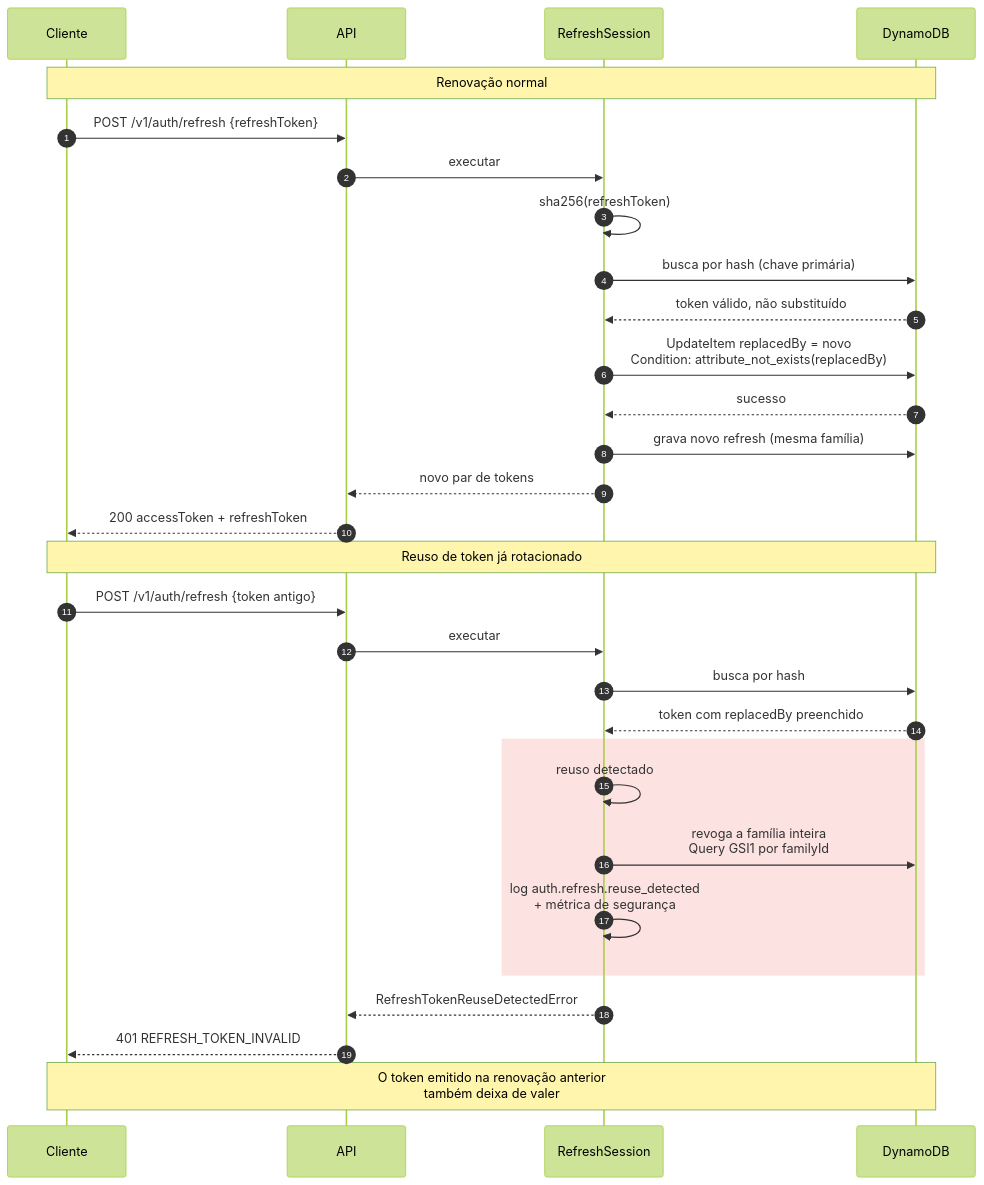
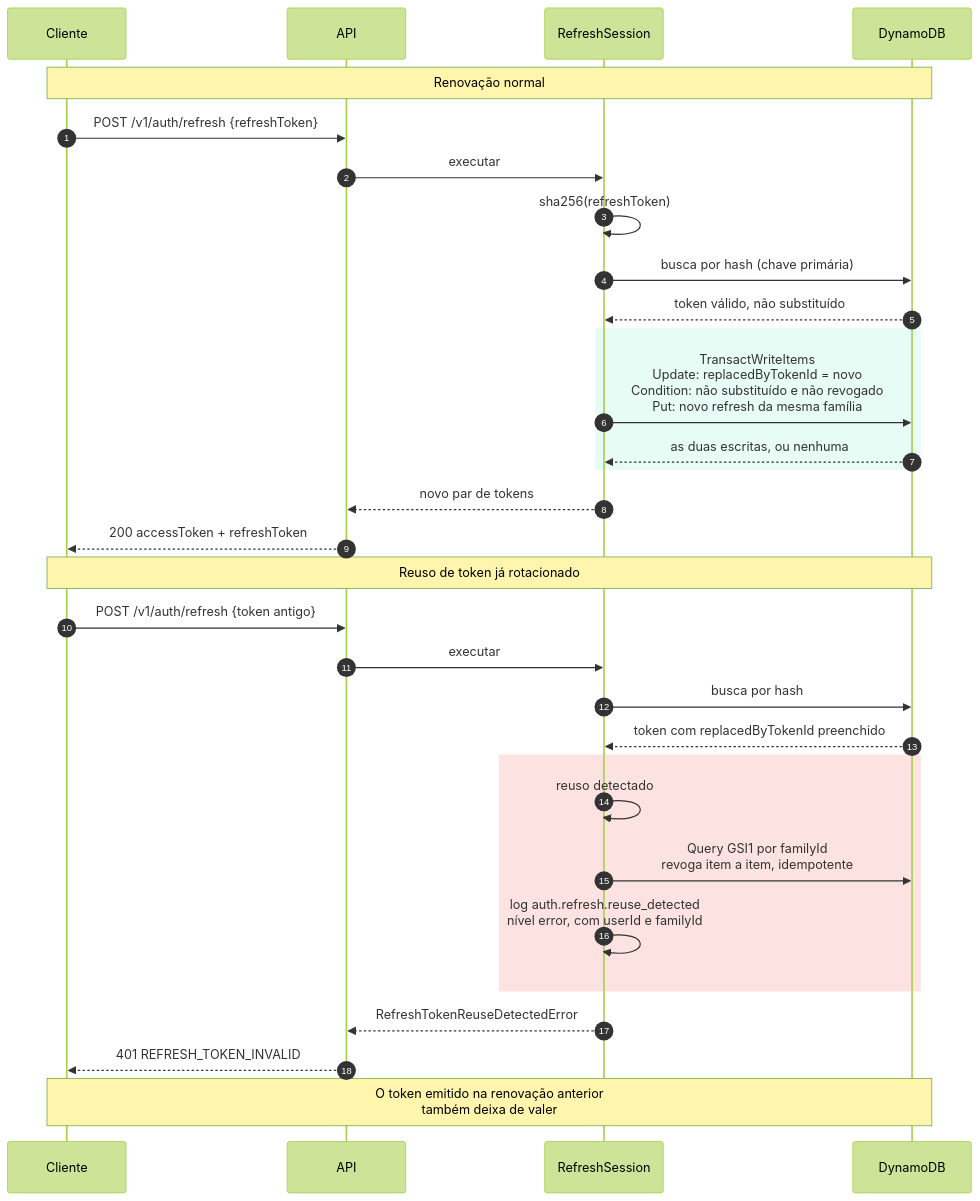
The diagram in docs/diagrams/02-refresh-token.md (Eduardobl123/ton-swe-challenge-eduardo), drawn with Mermaid (forest theme) before and after one commit. The commit also changed other lines of this file and 3 other files, not shown here.

First line of the commit message:
docs(diagrams): alinha os quatro diagramas ao código das issues 9, 10 e 13

````diff
--- a/docs/diagrams/02-refresh-token.md
+++ b/docs/diagrams/02-refresh-token.md
@@ -13,40 +17,42 @@
 ```mermaid
 sequenceDiagram
     autonumber
     participant C as Cliente
     participant API as API
     participant UC as RefreshSession
     participant DB as DynamoDB
 
     Note over C,DB: Renovação normal
 
     C->>API: POST /v1/auth/refresh {refreshToken}
     API->>UC: executar
     UC->>UC: sha256(refreshToken)
     UC->>DB: busca por hash (chave primária)
     DB-->>UC: token válido, não substituído
 
-    UC->>DB: UpdateItem replacedBy = novo<br/>Condition: attribute_not_exists(replacedBy)
-    DB-->>UC: sucesso
-    UC->>DB: grava novo refresh (mesma família)
+    rect rgb(230, 252, 245)
+        UC->>DB: TransactWriteItems<br/>Update: replacedByTokenId = novo<br/>Condition: não substituído e não revogado<br/>Put: novo refresh da mesma família
+        DB-->>UC: as duas escritas, ou nenhuma
+    end
+
     UC-->>API: novo par de tokens
     API-->>C: 200 accessToken + refreshToken
 
     Note over C,DB: Reuso de token já rotacionado
 
     C->>API: POST /v1/auth/refresh {token antigo}
     API->>UC: executar
     UC->>DB: busca por hash
-    DB-->>UC: token com replacedBy preenchido
+    DB-->>UC: token com replacedByTokenId preenchido
 
     rect rgb(253, 226, 226)
         UC->>UC: reuso detectado
-        UC->>DB: revoga a família inteira<br/>Query GSI1 por familyId
-        UC->>UC: log auth.refresh.reuse_detected<br/>+ métrica de segurança
+        UC->>DB: Query GSI1 por familyId<br/>revoga item a item, idempotente
+        UC->>UC: log auth.refresh.reuse_detected<br/>nível error, com userId e familyId
     end
 
     UC-->>API: RefreshTokenReuseDetectedError
     API-->>C: 401 REFRESH_TOKEN_INVALID
 
     Note over C,DB: O token emitido na renovação anterior<br/>também deixa de valer
 ```
````
